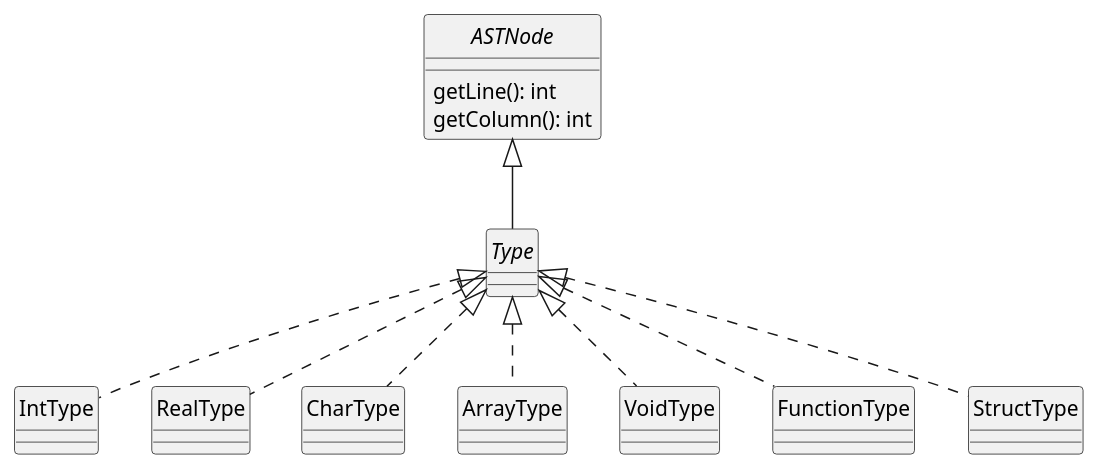
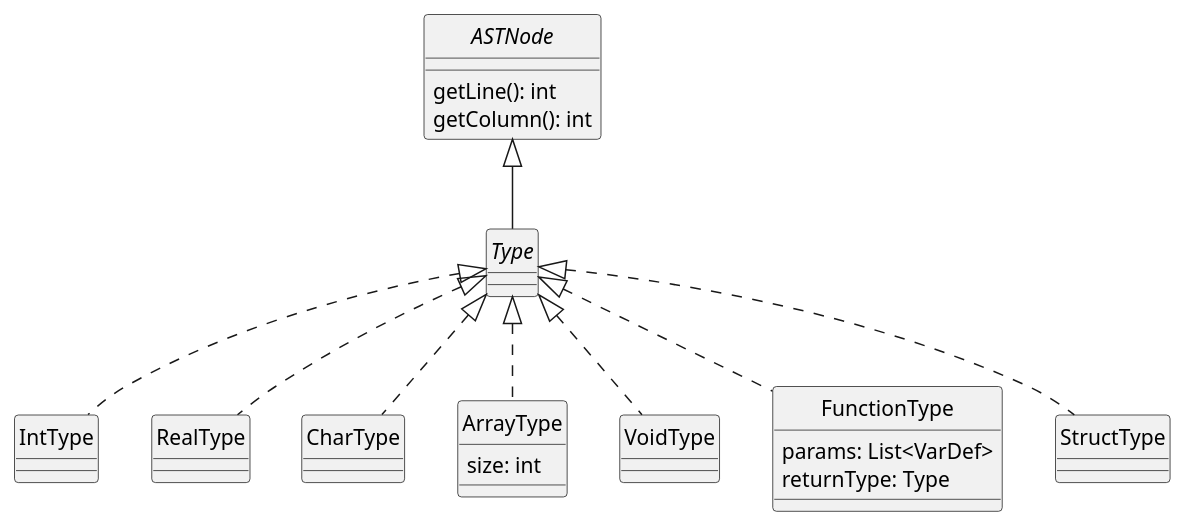
One commit to uo271288/dlp-compiler changed the diagram in docs/diagrams/types.plantuml. Above: the diagram before and after it, drawn with PlantUML. The commit also changed 36 other files, not shown here.

Commit message:
Diagrams updated and classes created

```diff
--- a/docs/diagrams/types.plantuml
+++ b/docs/diagrams/types.plantuml
@@ -1,35 +1,40 @@
 @startuml Types
 skinparam style strictuml
 skinparam monochrome true
 
 interface ASTNode {
     getLine(): int
     getColumn(): int
 }
 
 interface Type
 
 class IntType
 
 class RealType
 
 class CharType
 
-class ArrayType
+class ArrayType {
+    size: int
+}
 
 class VoidType
 
-class FunctionType
+class FunctionType {
+    params: List<VarDef>
+    returnType: Type
+}
 
 class StructType
 
 ASTNode <|-- Type
 Type <|.. IntType
 Type <|.. RealType
 Type <|.. CharType
 Type <|.. ArrayType
 Type <|.. VoidType
 Type <|.. FunctionType
 Type <|.. StructType
 
 @enduml
```
